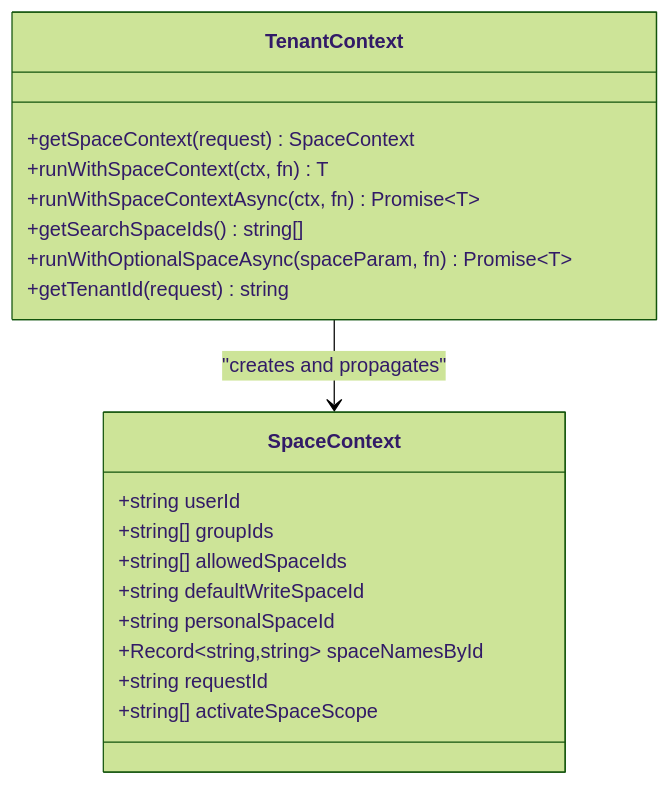
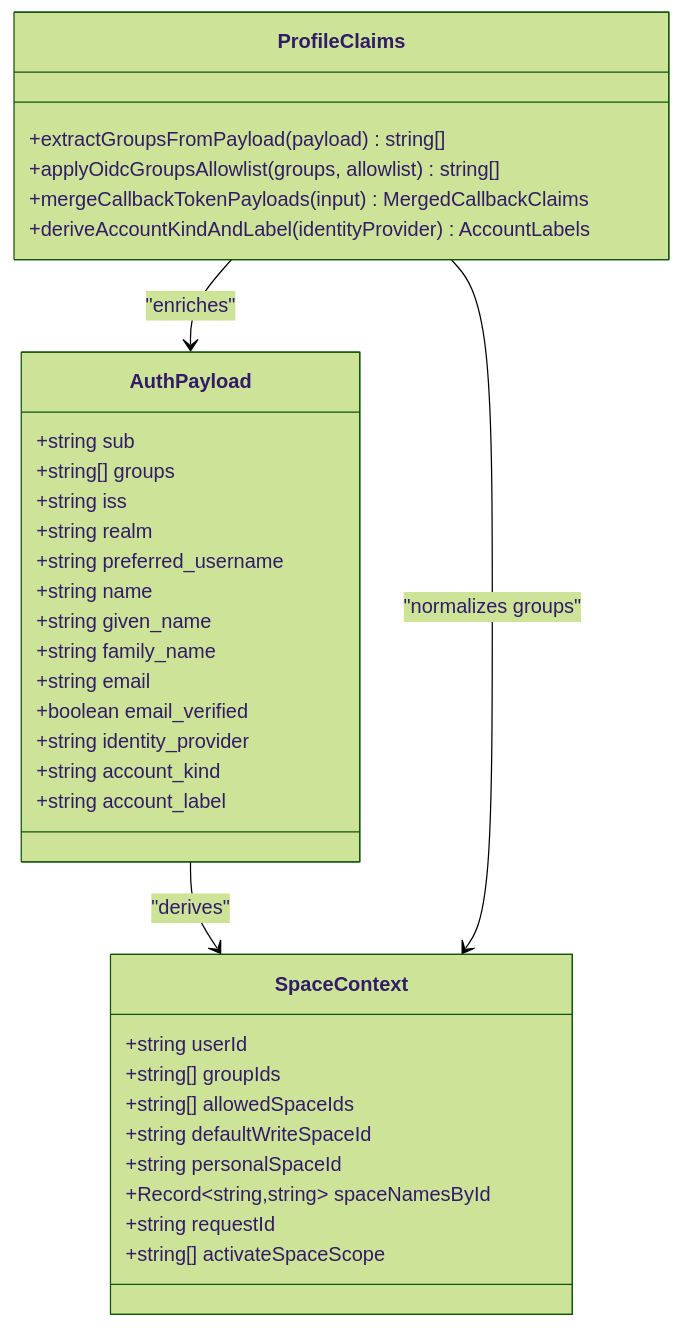
One commit to SquadRules/mcp changed the fifth of 9 diagrams in .qoder/repowiki/en/content/Authentication & Security.md. Above: the diagram before and after it, drawn with Mermaid (forest theme). The commit also changed other lines of this file and 602 other files, not shown here.

````diff
--- a/.qoder/repowiki/en/content/Authentication & Security.md
+++ b/.qoder/repowiki/en/content/Authentication & Security.md
@@ -282,22 +223,37 @@
 ```mermaid
 classDiagram
+class AuthPayload {
++string sub
++string[] groups
++string iss
++string realm
++string preferred_username
++string name
++string given_name
++string family_name
++string email
++boolean email_verified
++string identity_provider
++string account_kind
++string account_label
+}
 class SpaceContext {
 +string userId
 +string[] groupIds
 +string[] allowedSpaceIds
 +string defaultWriteSpaceId
 +string personalSpaceId
 +Record~string,string~ spaceNamesById
 +string requestId
 +string[] activateSpaceScope
 }
-class TenantContext {
-+getSpaceContext(request) SpaceContext
-+runWithSpaceContext(ctx, fn) T
-+runWithSpaceContextAsync(ctx, fn) Promise~T~
-+getSearchSpaceIds() string[]
-+runWithOptionalSpaceAsync(spaceParam, fn) Promise~T~
-+getTenantId(request) string
+class ProfileClaims {
++extractGroupsFromPayload(payload) string[]
++applyOidcGroupsAllowlist(groups, allowlist) string[]
++mergeCallbackTokenPayloads(input) MergedCallbackClaims
++deriveAccountKindAndLabel(identityProvider) AccountLabels
 }
-TenantContext --> SpaceContext : "creates and propagates"
+AuthPayload --> SpaceContext : "derives"
+ProfileClaims --> AuthPayload : "enriches"
+ProfileClaims --> SpaceContext : "normalizes groups"
 ```
````
